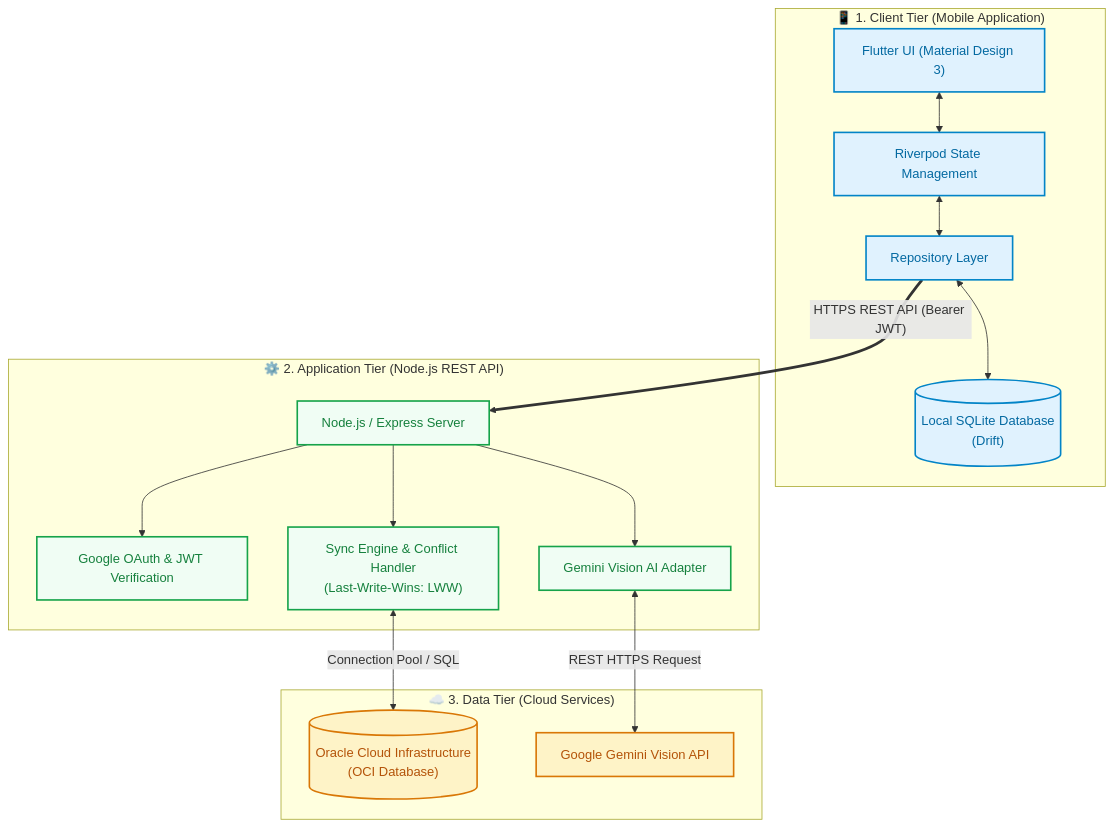
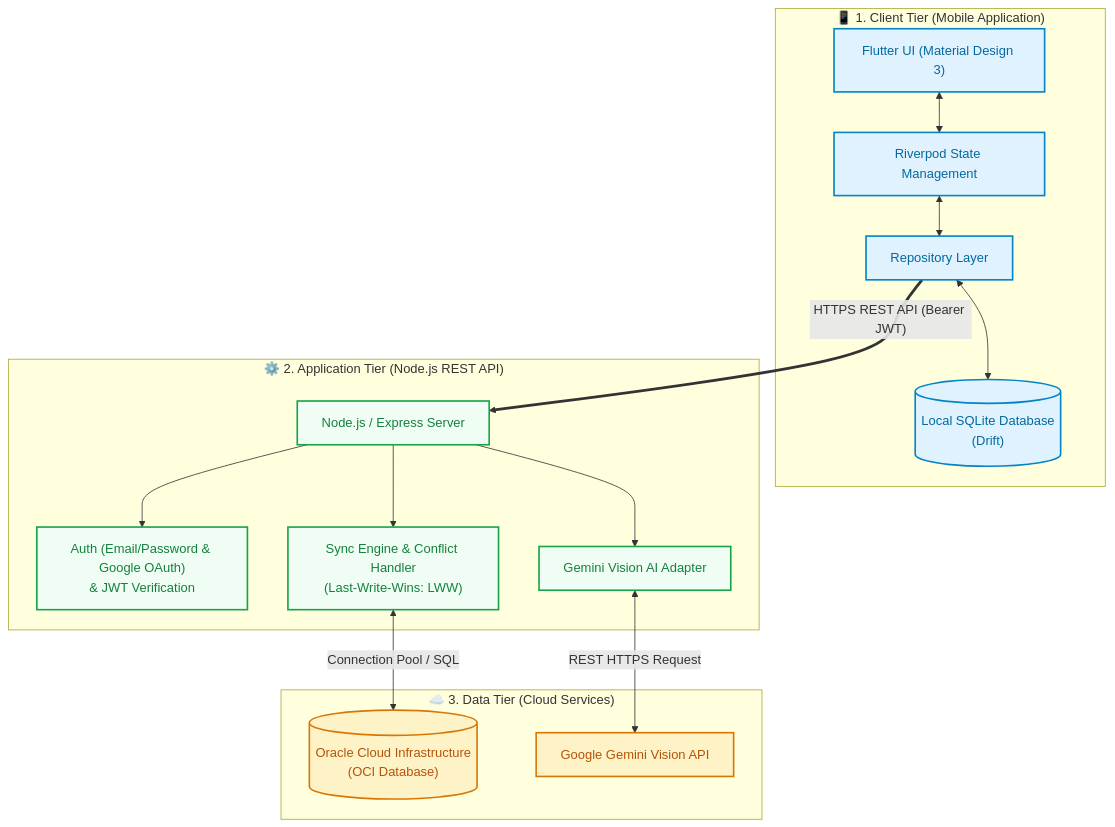
One commit to Tanabordi/FM-EAA changed the first of 4 diagrams in README.md. Above: the diagram before and after it, drawn with Mermaid. The commit also changed other lines of this file, not shown here.

````diff
--- a/README.md
+++ b/README.md
@@ -98,42 +121,42 @@
 ```mermaid
 flowchart TD
     subgraph ClientTier ["📱 1. Client Tier (Mobile Application)"]
         UI["Flutter UI (Material Design 3)"]
         Riverpod["Riverpod State Management"]
         Repo["Repository Layer"]
         LocalDB[("Local SQLite Database<br/>(Drift)")]
 
         UI <--> Riverpod
         Riverpod <--> Repo
         Repo <--> LocalDB
     end
 
     subgraph BackendTier ["⚙️ 2. Application Tier (Node.js REST API)"]
         API["Node.js / Express Server"]
-        AuthModule["Google OAuth & JWT Verification"]
+        AuthModule["Auth (Email/Password & Google OAuth)<br/>& JWT Verification"]
         SyncEngine["Sync Engine & Conflict Handler<br/>(Last-Write-Wins: LWW)"]
         GeminiAdapter["Gemini Vision AI Adapter"]
 
         API --> AuthModule
         API --> SyncEngine
         API --> GeminiAdapter
     end
 
     subgraph CloudTier ["☁️ 3. Data Tier (Cloud Services)"]
         OracleDB[("Oracle Cloud Infrastructure<br/>(OCI Database)")]
         GeminiCloud["Google Gemini Vision API"]
 
         SyncEngine <-->|"Connection Pool / SQL"| OracleDB
         GeminiAdapter <-->|"REST HTTPS Request"| GeminiCloud
     end
 
     Repo ==>|"HTTPS REST API (Bearer JWT)"| API
 
     classDef clientStyle fill:#e0f2fe,stroke:#0284c7,stroke-width:2px,color:#0369a1;
     classDef backendStyle fill:#f0fdf4,stroke:#16a34a,stroke-width:2px,color:#15803d;
     classDef cloudStyle fill:#fef3c7,stroke:#d97706,stroke-width:2px,color:#b45309;
 
     class UI,Riverpod,Repo,LocalDB clientStyle;
     class API,AuthModule,SyncEngine,GeminiAdapter backendStyle;
     class OracleDB,GeminiCloud cloudStyle;
 ```
````
